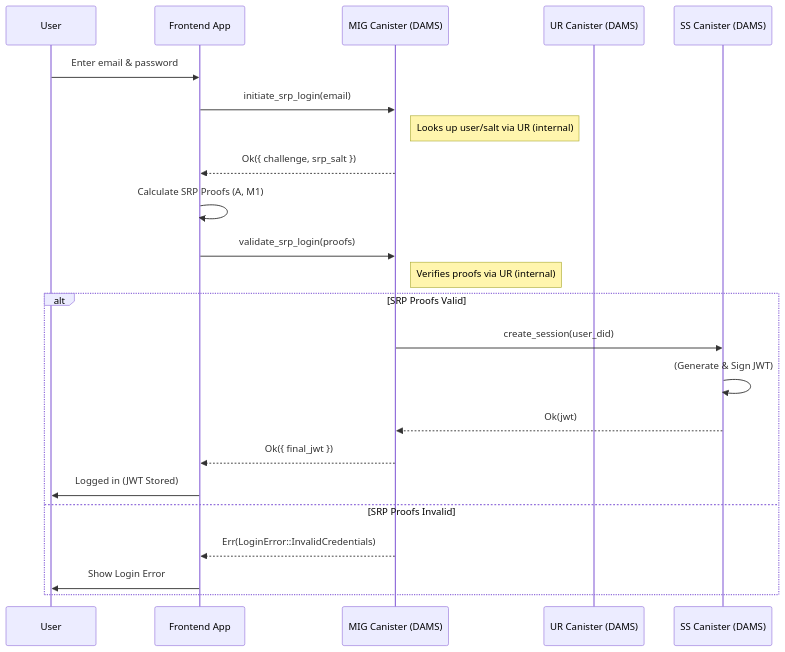
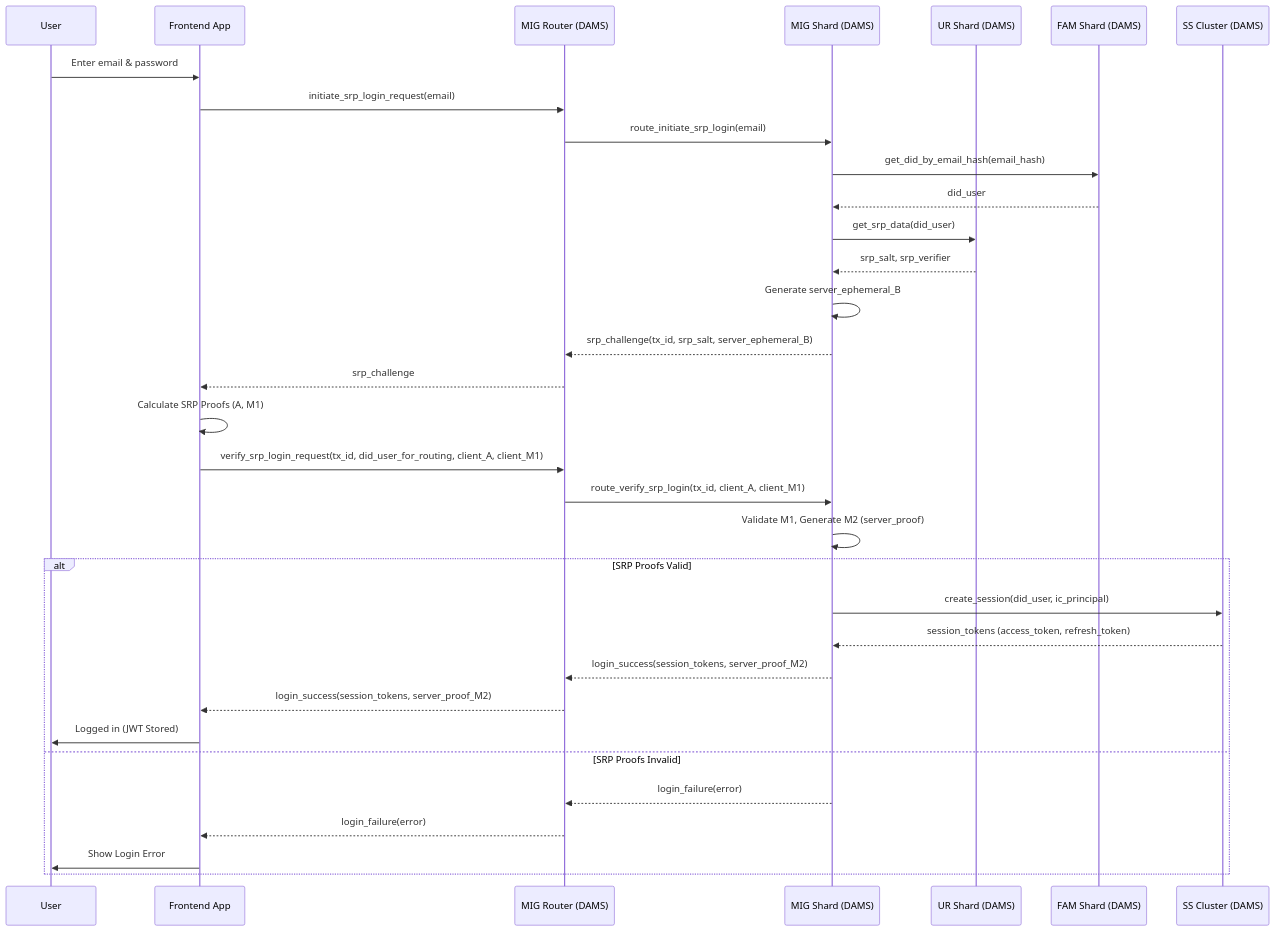
The first of 2 diagrams in README.md (kongsolutions/dams), drawn with Mermaid before and after one commit. The commit also changed other lines of this file, not shown here.

````diff
--- a/README.md
+++ b/README.md
@@ -179,26 +114,38 @@
 ```mermaid
 sequenceDiagram
     participant U as User
     participant FE as Frontend App
-    participant MIG as MIG Canister (DAMS)
-    participant UR as UR Canister (DAMS)
-    participant SS as SS Canister (DAMS)
+    participant MIG_ROUTER as MIG Router (DAMS)
+    participant MIG_SHARD as MIG Shard (DAMS)
+    participant UR_SHARD as UR Shard (DAMS)
+    participant FAM_SHARD as FAM Shard (DAMS)
+    participant SS_CLUSTER as SS Cluster (DAMS)
 
     U->>FE: Enter email & password
-    FE->>MIG: initiate_srp_login(email) 
-    Note right of MIG: Looks up user/salt via UR (internal)
-    MIG-->>FE: Ok({ challenge, srp_salt })
+    FE->>MIG_ROUTER: initiate_srp_login_request(email)
+    MIG_ROUTER->>MIG_SHARD: route_initiate_srp_login(email)
+    MIG_SHARD->>FAM_SHARD: get_did_by_email_hash(email_hash)
+    FAM_SHARD-->>MIG_SHARD: did_user
+    MIG_SHARD->>UR_SHARD: get_srp_data(did_user)
+    UR_SHARD-->>MIG_SHARD: srp_salt, srp_verifier
+    MIG_SHARD->>MIG_SHARD: Generate server_ephemeral_B
+    MIG_SHARD-->>MIG_ROUTER: srp_challenge(tx_id, srp_salt, server_ephemeral_B)
+    MIG_ROUTER-->>FE: srp_challenge
+    
     FE->>FE: Calculate SRP Proofs (A, M1)
-    FE->>MIG: validate_srp_login(proofs)
-    Note right of MIG: Verifies proofs via UR (internal)
+    FE->>MIG_ROUTER: verify_srp_login_request(tx_id, did_user_for_routing, client_A, client_M1)
+    MIG_ROUTER->>MIG_SHARD: route_verify_srp_login(tx_id, client_A, client_M1)
+    MIG_SHARD->>MIG_SHARD: Validate M1, Generate M2 (server_proof)
+    
     alt SRP Proofs Valid
-        MIG->>SS: create_session(user_did)
-        SS->>SS: (Generate & Sign JWT)
-        SS-->>MIG: Ok(jwt)               
-        MIG-->>FE: Ok({ final_jwt })       
+        MIG_SHARD->>SS_CLUSTER: create_session(did_user, ic_principal)
+        SS_CLUSTER-->>MIG_SHARD: session_tokens (access_token, refresh_token)
+        MIG_SHARD-->>MIG_ROUTER: login_success(session_tokens, server_proof_M2)
+        MIG_ROUTER-->>FE: login_success(session_tokens, server_proof_M2)
         FE->>U: Logged in (JWT Stored)
     else SRP Proofs Invalid
-        MIG-->>FE: Err(LoginError::InvalidCredentials)
+        MIG_SHARD-->>MIG_ROUTER: login_failure(error)
+        MIG_ROUTER-->>FE: login_failure(error)
         FE->>U: Show Login Error
     end
 ```
````
